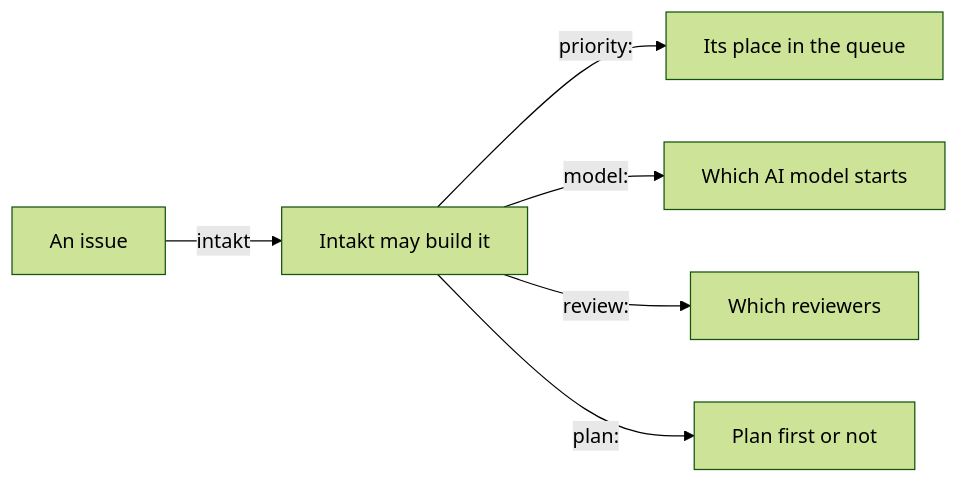
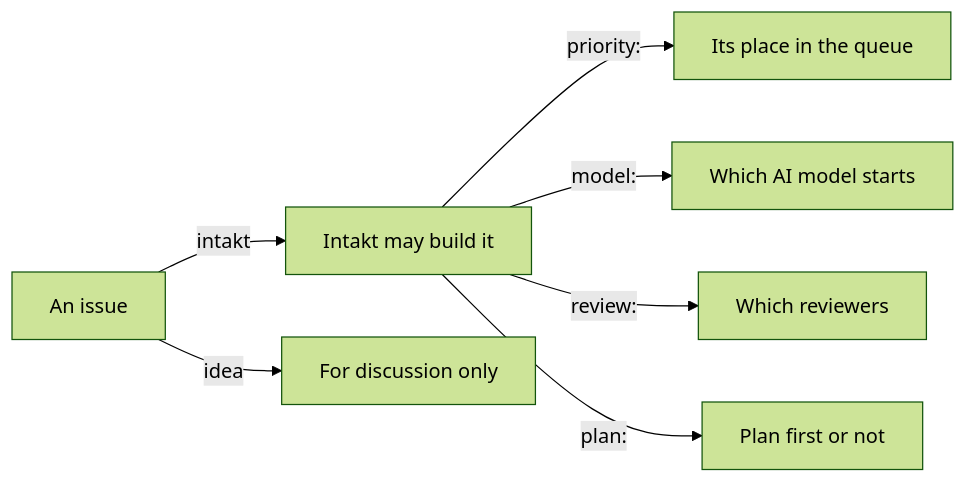
Before and after one commit to shinyredapples/intakt: the diagram in docs/guide/steering-intakt.md, drawn with Mermaid (forest theme). The commit also changed 1 other file, not shown here.

Commit message:
docs: state idea label in maintainer page and steering diagram

````diff
--- a/docs/guide/steering-intakt.md
+++ b/docs/guide/steering-intakt.md
@@ -9,8 +9,9 @@
 ```mermaid
 flowchart LR
   issue[An issue] -- intakt --> eligible[Intakt may build it]
+  issue -- idea --> discussion[For discussion only]
   eligible -- "priority:" --> order[Its place in the queue]
   eligible -- "model:" --> tier[Which AI model starts]
   eligible -- "review:" --> panel[Which reviewers]
   eligible -- "plan:" --> plan[Plan first or not]
 ```
````
